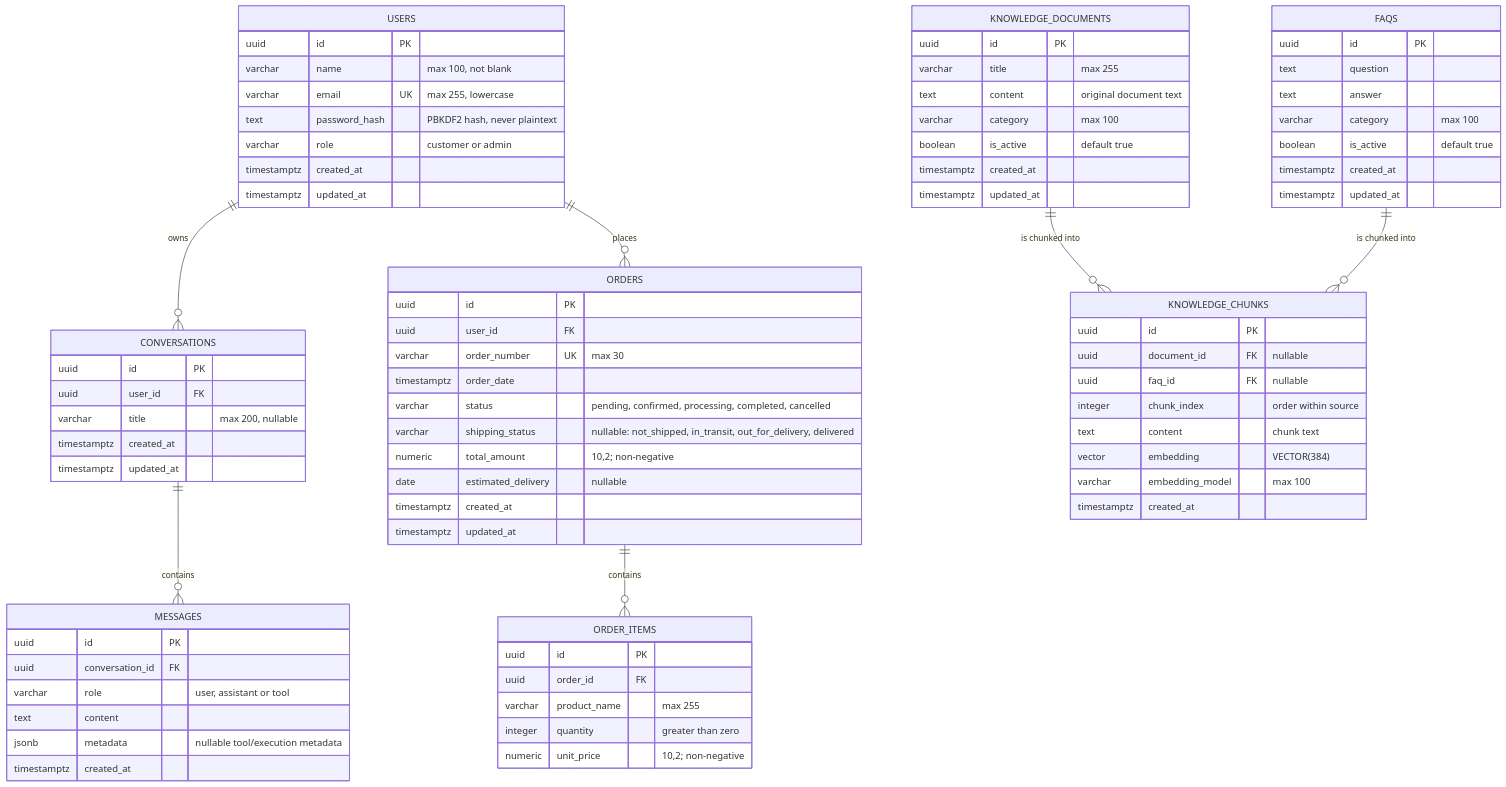
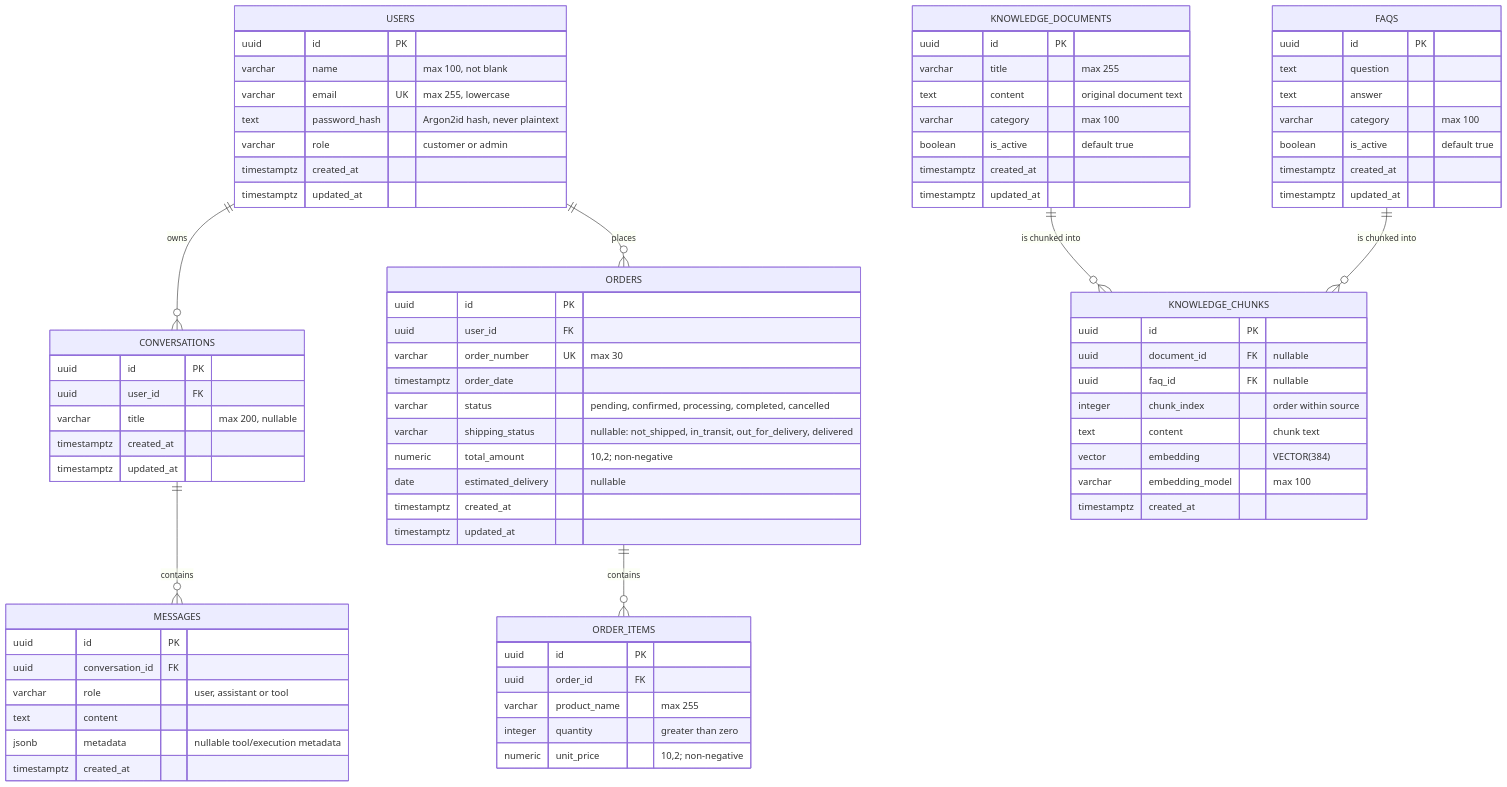
One commit to Sajjad-Ahmed02/Resolvix changed the diagram in docs/database-design.md. Above: the diagram before and after it, drawn with Mermaid. The commit also changed other lines of this file and 1 other file, not shown here.

```diff
--- a/docs/database-design.md
+++ b/docs/database-design.md
@@ -42,7 +42,7 @@
         uuid id PK
         varchar name "max 100, not blank"
         varchar email UK "max 255, lowercase"
-        text password_hash "PBKDF2 hash, never plaintext"
+        text password_hash "Argon2id hash, never plaintext"
         varchar role "customer or admin"
         timestamptz created_at
         timestamptz updated_at
```
